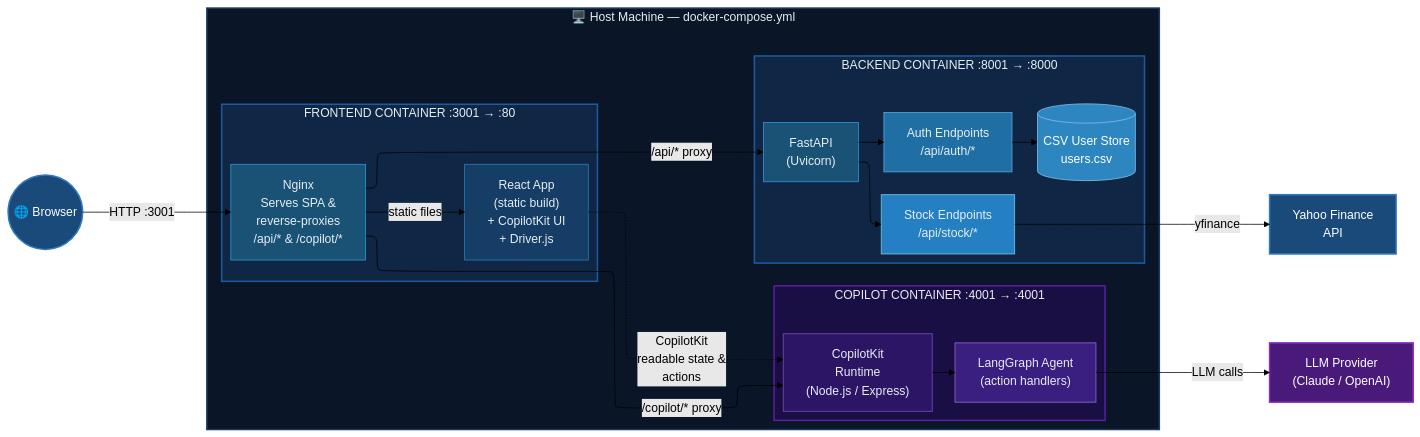
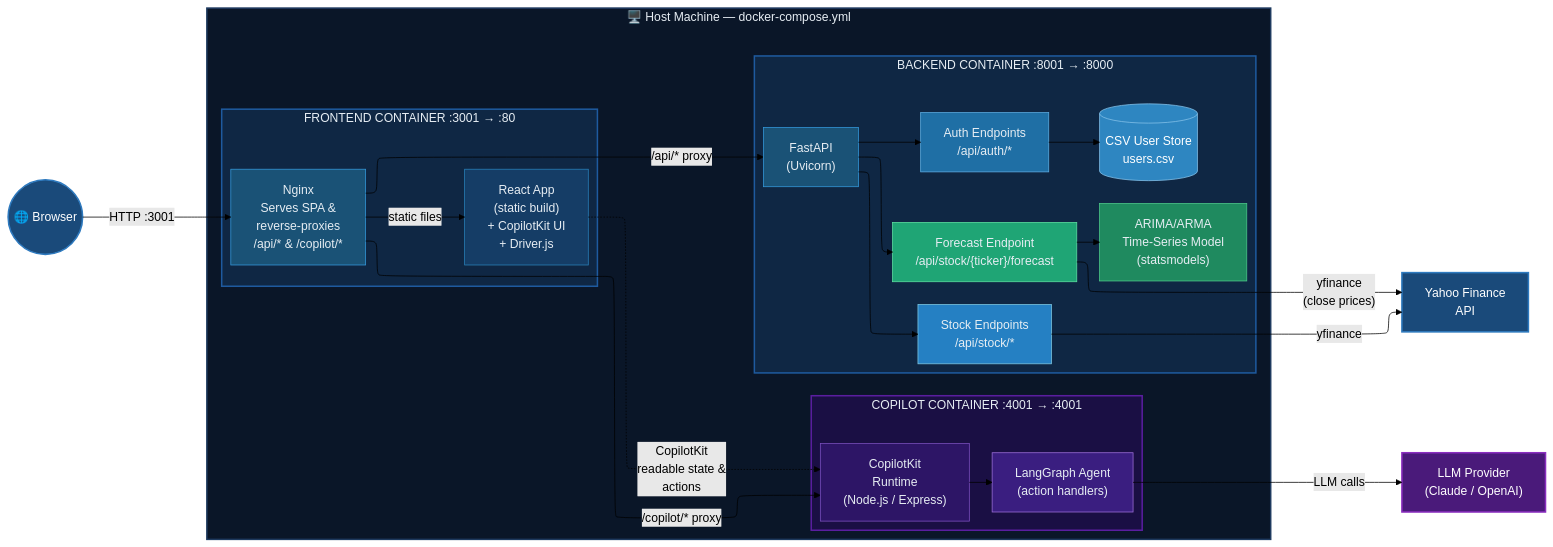
Before and after one commit to yiqiao-yin/full-stack-app-local-cookiecutter: the diagram in docs/CREATE/SYSTEM.md, drawn with Mermaid (forest theme). The commit also changed other lines of this file and 6 other files, not shown here.

First line of the commit message:
Add ARIMA 7-day price forecast overlay on candlestick chart

````diff
--- a/docs/CREATE/SYSTEM.md
+++ b/docs/CREATE/SYSTEM.md
@@ -15,61 +15,68 @@
 ```mermaid
 %%{init: {"flowchart": {"defaultRenderer": "elk"}} }%%
 
 flowchart LR
     subgraph HOST["🖥️ Host Machine — docker-compose.yml"]
         direction LR
 
         subgraph FE["FRONTEND CONTAINER  :3001 → :80"]
             direction TB
             FE_REACT["React App\n(static build)\n+ CopilotKit UI\n+ Driver.js"]
             FE_NGINX["Nginx\nServes SPA &\nreverse-proxies\n/api/* & /copilot/*"]
         end
 
         subgraph BE["BACKEND CONTAINER  :8001 → :8000"]
             direction TB
             BE_API["FastAPI\n(Uvicorn)"]
             BE_AUTH["Auth Endpoints\n/api/auth/*"]
             BE_STOCK["Stock Endpoints\n/api/stock/*"]
+            BE_FORECAST["Forecast Endpoint\n/api/stock/{ticker}/forecast"]
+            BE_ARMA["ARIMA/ARMA\nTime-Series Model\n(statsmodels)"]
             BE_CSV[("CSV User Store\nusers.csv")]
         end
 
         subgraph CP["COPILOT CONTAINER  :4001 → :4001"]
             direction TB
             CP_RUNTIME["CopilotKit\nRuntime\n(Node.js / Express)"]
             CP_AGENT["LangGraph Agent\n(action handlers)"]
         end
     end
 
     BROWSER(("🌐 Browser"))
     YAHOO["Yahoo Finance\nAPI"]
     LLM["LLM Provider\n(Claude / OpenAI)"]
 
     BROWSER -- "HTTP :3001" --> FE_NGINX
     FE_NGINX -- "static files" --> FE_REACT
     FE_NGINX -- "/api/* proxy" --> BE_API
     FE_NGINX -- "/copilot/* proxy" --> CP_RUNTIME
     BE_API --> BE_AUTH
     BE_API --> BE_STOCK
+    BE_API --> BE_FORECAST
+    BE_FORECAST --> BE_ARMA
     BE_AUTH --> BE_CSV
     BE_STOCK -- "yfinance" --> YAHOO
+    BE_FORECAST -- "yfinance\n(close prices)" --> YAHOO
     CP_RUNTIME --> CP_AGENT
     CP_AGENT -- "LLM calls" --> LLM
     FE_REACT -. "CopilotKit\nreadable state &\nactions" .-> CP_RUNTIME
 
     %% Blue gradient styles
     style HOST fill:#0a1628,stroke:#1e3a5f,stroke-width:2px,color:#e6edf3
     style FE fill:#0f2744,stroke:#1e5a9f,stroke-width:2px,color:#e6edf3
     style BE fill:#0f2744,stroke:#1e5a9f,stroke-width:2px,color:#e6edf3
     style CP fill:#1a0f44,stroke:#5a1e9f,stroke-width:2px,color:#e6edf3
     style BROWSER fill:#1a4a7a,stroke:#2e7abf,stroke-width:2px,color:#ffffff
     style YAHOO fill:#1a4a7a,stroke:#2e7abf,stroke-width:2px,color:#ffffff
     style LLM fill:#4a1a7a,stroke:#8a2ebf,stroke-width:2px,color:#ffffff
     style FE_REACT fill:#153d66,stroke:#2980b9,stroke-width:1px,color:#e6edf3
     style FE_NGINX fill:#1a5276,stroke:#3498db,stroke-width:1px,color:#e6edf3
     style BE_API fill:#1a5276,stroke:#3498db,stroke-width:1px,color:#e6edf3
     style BE_AUTH fill:#1f6fa5,stroke:#5dade2,stroke-width:1px,color:#e6edf3
     style BE_STOCK fill:#2580c3,stroke:#7ec8e3,stroke-width:1px,color:#e6edf3
+    style BE_FORECAST fill:#1fa575,stroke:#5de2a2,stroke-width:1px,color:#e6edf3
+    style BE_ARMA fill:#1f8a5f,stroke:#4dc98a,stroke-width:1px,color:#e6edf3
     style BE_CSV fill:#2e86c1,stroke:#85c1e9,stroke-width:1px,color:#ffffff
     style CP_RUNTIME fill:#2d1566,stroke:#7b4fbf,stroke-width:1px,color:#e6edf3
     style CP_AGENT fill:#3a1e80,stroke:#9b6ed6,stroke-width:1px,color:#e6edf3
 ```
````
